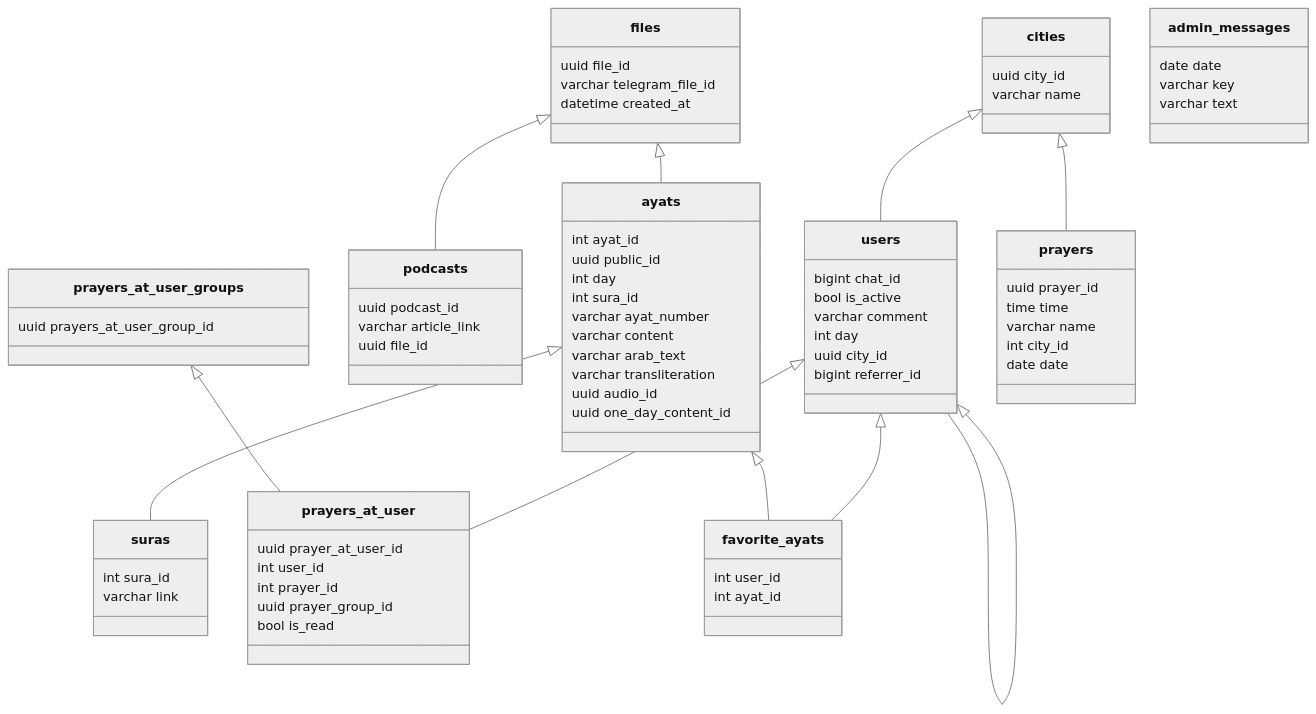
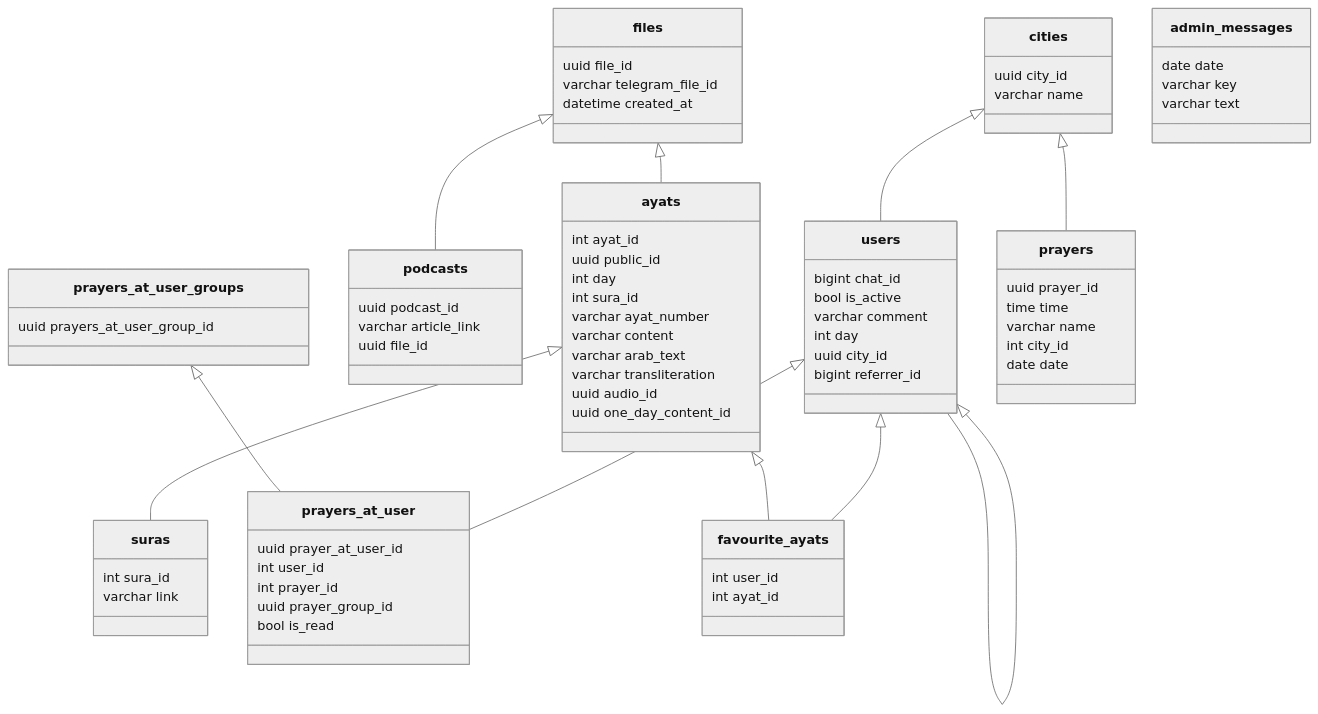
Before and after one commit to blablatdinov/tg-quranbot: the first of 2 diagrams in docs/db_schema_specification.md, drawn with Mermaid (neutral theme). The commit also changed 1 other file, not shown here.

Commit message:
Update docs [skip ci]

````diff
--- a/docs/db_schema_specification.md
+++ b/docs/db_schema_specification.md
@@ -5,77 +5,77 @@
 ```mermaid
 classDiagram
     files <|-- ayats
     files <|-- podcasts
     users <|-- users
     ayats <|-- suras
     cities <|-- users
     users <|-- prayers_at_user
     prayers_at_user_groups <|-- prayers_at_user
     cities <|-- prayers
-    users <|-- favorite_ayats
-    ayats <|-- favorite_ayats
+    users <|-- favourite_ayats
+    ayats <|-- favourite_ayats
     class ayats{
         int ayat_id
         uuid public_id
         int day
         int sura_id
         varchar ayat_number
         varchar content
         varchar arab_text
         varchar transliteration
         uuid audio_id
         uuid one_day_content_id
     }
-    class favorite_ayats{
+    class favourite_ayats{
         int user_id
         int ayat_id
     }
     class suras{
         int sura_id
         varchar link
     }
     class files{
         uuid file_id
         varchar telegram_file_id
         datetime created_at
     }
     class users{
         bigint chat_id
         bool is_active
         varchar comment
         int day
         uuid city_id
         bigint referrer_id
     }
     class cities{
         uuid city_id
         varchar name
     }
     class podcasts{
         uuid podcast_id
         varchar article_link
         uuid file_id
     }
     class prayers{
         uuid prayer_id
         time time
         varchar name
         int city_id
         date date
     }
     class prayers_at_user{
         uuid prayer_at_user_id
         int user_id
         int prayer_id
         uuid prayer_group_id
         bool is_read
     }
     class prayers_at_user_groups{
         uuid prayers_at_user_group_id
     }
     class admin_messages{
         date date
         varchar key
         varchar text
     }
 ```
````
